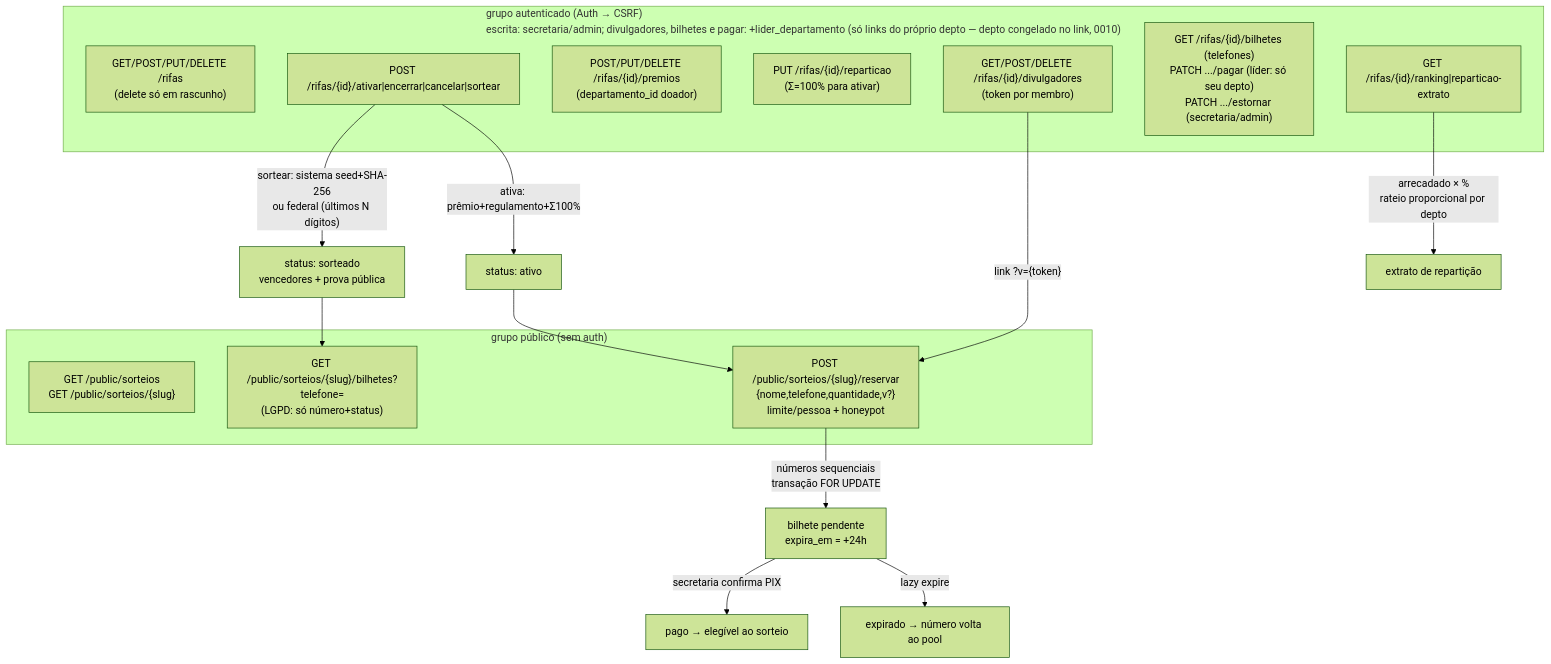
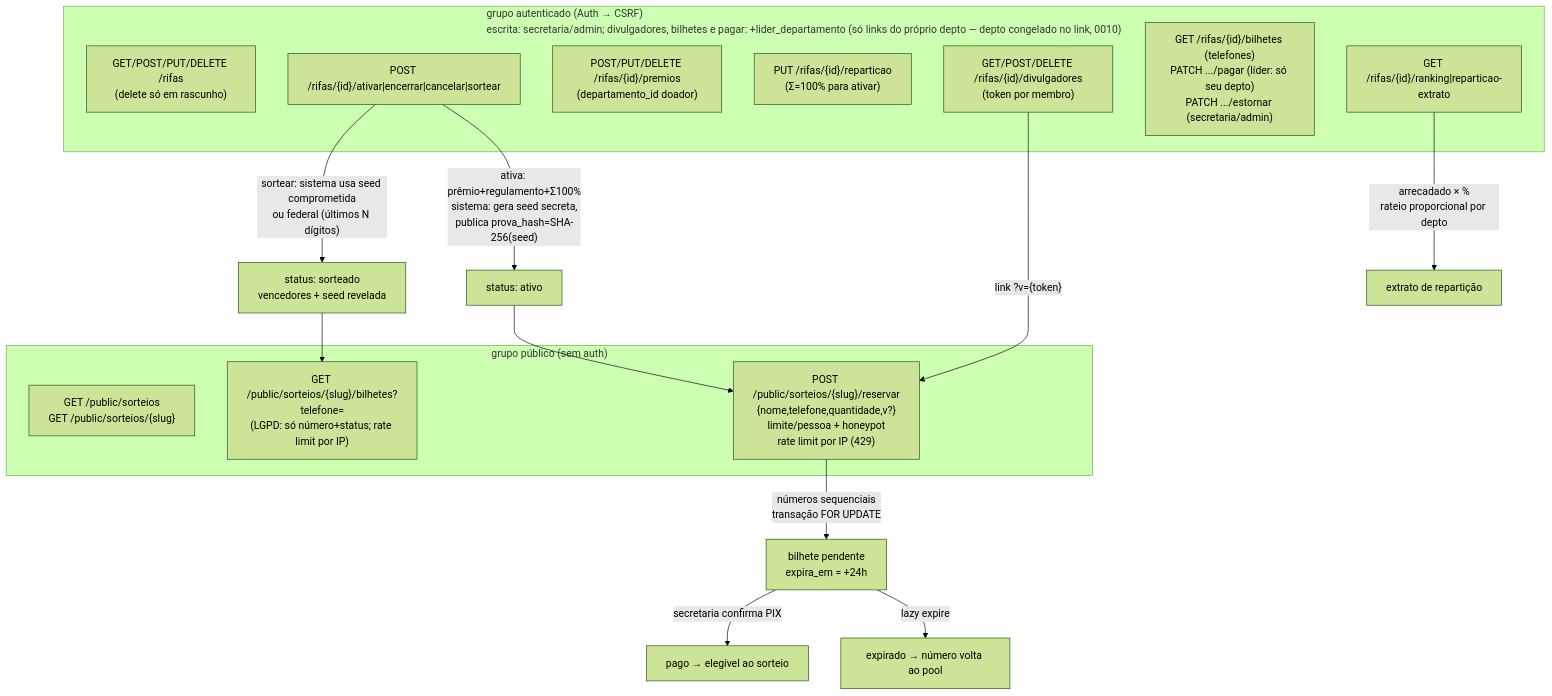
The diagram in dev/docs/diagramas/rifas.mmd (adab-218/siteadab), drawn with Mermaid (forest theme) before and after one commit. The commit also changed 14 other files, not shown here.

First line of the commit message:
feat(sorteios): hardening T2.8 — rate limit público e commit-reveal da seed

```diff
--- a/dev/docs/diagramas/rifas.mmd
+++ b/dev/docs/diagramas/rifas.mmd
@@ -1,31 +1,31 @@
 %% M7 Sorteios Beneficentes - revisado em 2026-11-14 (escopo D5 do líder)
 %% Fonte: api/migrations/0009_rifas.sql,
 %%        api/src/Controllers/{RifasController,PublicController}.php,
 %%        api/src/Repositories/RifaRepository.php,
 %%        src/pages/admin/RifasPage.tsx, src/pages/SorteioPage.tsx
 flowchart TD
     subgraph ADMIN["grupo autenticado (Auth → CSRF)<br/>escrita: secretaria/admin; divulgadores, bilhetes e pagar: +lider_departamento (só links do próprio depto — depto congelado no link, 0010)"]
         CRUD["GET/POST/PUT/DELETE /rifas<br/>(delete só em rascunho)"]
         CICLO["POST /rifas/{id}/ativar|encerrar|cancelar|sortear"]
         PRM["POST/PUT/DELETE /rifas/{id}/premios<br/>(departamento_id doador)"]
         REP["PUT /rifas/{id}/reparticao<br/>(Σ=100% para ativar)"]
         DIV["GET/POST/DELETE /rifas/{id}/divulgadores<br/>(token por membro)"]
         BIL["GET /rifas/{id}/bilhetes (telefones)<br/>PATCH .../pagar (líder: só seu depto)<br/>PATCH .../estornar (secretaria/admin)"]
         REL["GET /rifas/{id}/ranking|reparticao-extrato"]
     end
 
     subgraph PUBLIC["grupo público (sem auth)"]
         PL["GET /public/sorteios<br/>GET /public/sorteios/{slug}"]
-        RES["POST /public/sorteios/{slug}/reservar<br/>{nome,telefone,quantidade,v?}<br/>limite/pessoa + honeypot"]
-        MEU["GET /public/sorteios/{slug}/bilhetes?telefone=<br/>(LGPD: só número+status)"]
+        RES["POST /public/sorteios/{slug}/reservar<br/>{nome,telefone,quantidade,v?}<br/>limite/pessoa + honeypot<br/>rate limit por IP (429)"]
+        MEU["GET /public/sorteios/{slug}/bilhetes?telefone=<br/>(LGPD: só número+status; rate limit por IP)"]
     end
 
-    CICLO -->|"ativa: prêmio+regulamento+Σ100%"| AT["status: ativo"]
+    CICLO -->|"ativa: prêmio+regulamento+Σ100%<br/>sistema: gera seed secreta,<br/>publica prova_hash=SHA-256(seed)"| AT["status: ativo"]
     AT --> RES
     RES -->|"números sequenciais<br/>transação FOR UPDATE"| PEND["bilhete pendente<br/>expira_em = +24h"]
     PEND -->|"lazy expire"| LIB["expirado → número volta ao pool"]
     PEND -->|"secretaria confirma PIX"| PAGO["pago → elegível ao sorteio"]
     DIV -->|"link ?v={token}"| RES
-    CICLO -->|"sortear: sistema seed+SHA-256<br/>ou federal (últimos N dígitos)"| SOR["status: sorteado<br/>vencedores + prova pública"]
+    CICLO -->|"sortear: sistema usa seed comprometida<br/>ou federal (últimos N dígitos)"| SOR["status: sorteado<br/>vencedores + seed revelada"]
     SOR --> MEU
     REL -->|"arrecadado × %<br/>rateio proporcional por depto"| EXT["extrato de repartição"]
```
